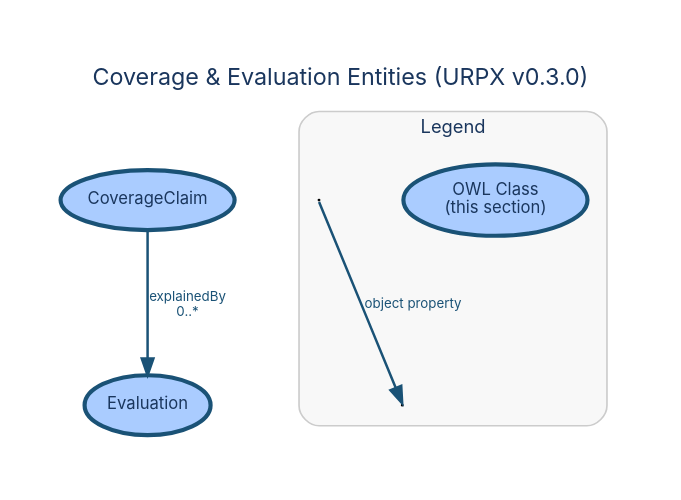
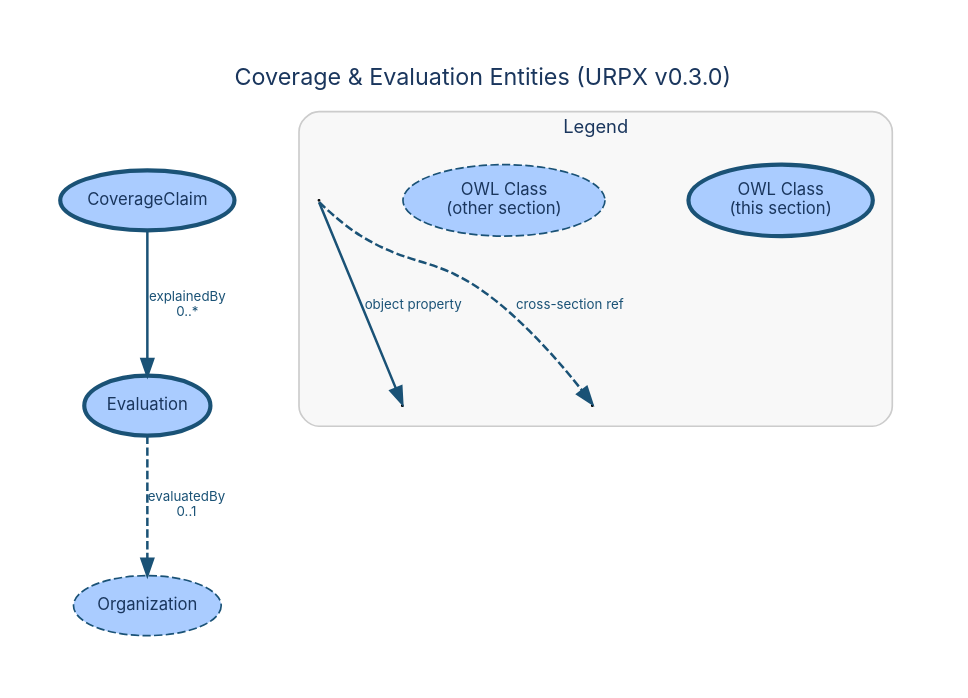
One commit to urpx-org/urpx changed the diagram in documentation/diagrams/dictionary/coverage-evaluation-entities.dot. Above: the diagram before and after it, drawn with Graphviz. The commit also changed 4 other files, not shown here.

```diff
--- a/documentation/diagrams/dictionary/coverage-evaluation-entities.dot
+++ b/documentation/diagrams/dictionary/coverage-evaluation-entities.dot
@@ -1,45 +1,57 @@
 digraph "Coverage & Evaluation Entities" {
     rankdir=TB;
     bgcolor="white";
     pad=0.4;
     nodesep=0.7;
     ranksep=0.9;
     fontname="Inter, Helvetica, Arial, sans-serif";
     label="Coverage & Evaluation Entities (URPX v0.3.0)";
     labelloc="t";
     fontsize=14;
     fontcolor="#1a365d";
     node [fontname="Inter, Helvetica, Arial, sans-serif", fontsize=10, style=filled, fontcolor="#1a365d"];
     edge [fontname="Inter, Helvetica, Arial, sans-serif", fontsize=8, fontcolor="#1a365d"];
 
     // Section classes
     CoverageClaim [
         label="CoverageClaim"
         shape=ellipse, fillcolor="#aaccff", color="#1a5276", penwidth=2.5
     ];
     Evaluation [
         label="Evaluation"
         shape=ellipse, fillcolor="#aaccff", color="#1a5276", penwidth=2.5
     ];
 
+    // Cross-section references
+    Organization [
+        label="Organization"
+        shape=ellipse, fillcolor="#aaccff", color="#1a5276", penwidth=1, style="filled,dashed"
+    ];
+
     // Object property edges
     CoverageClaim -> Evaluation [
         label="explainedBy\n0..*", color="#1a5276", fontcolor="#1a5276", penwidth=1.5
+    ];
+    Evaluation -> Organization [
+        label="evaluatedBy\n0..1", style=dashed, color="#1a5276", fontcolor="#1a5276", penwidth=1.5
     ];
 
     subgraph cluster_legend {
         label="Legend";
         fontname="Inter, Helvetica, Arial, sans-serif";
         fontsize=11;
         fontcolor="#1a365d";
         style=rounded;
         color="#cccccc";
         bgcolor="#f8f8f8";
         margin=12;
 
         leg_class [label="OWL Class\n(this section)", shape=ellipse, fillcolor="#aaccff", color="#1a5276", penwidth=2.5];
+        leg_xref [label="OWL Class\n(other section)", shape=ellipse, fillcolor="#aaccff", color="#1a5276", penwidth=1, style="filled,dashed"];
         leg_src [label=" ", shape=point, width=0.01];
         leg_tgt1 [label=" ", shape=point, width=0.01];
         leg_src -> leg_tgt1 [label="object property", color="#1a5276", fontcolor="#1a5276", penwidth=1.5];
+        leg_tgt2 [label=" ", shape=point, width=0.01];
+        leg_src -> leg_tgt2 [label="cross-section ref", style=dashed, color="#1a5276", fontcolor="#1a5276", penwidth=1.5];
     }
 }
```
